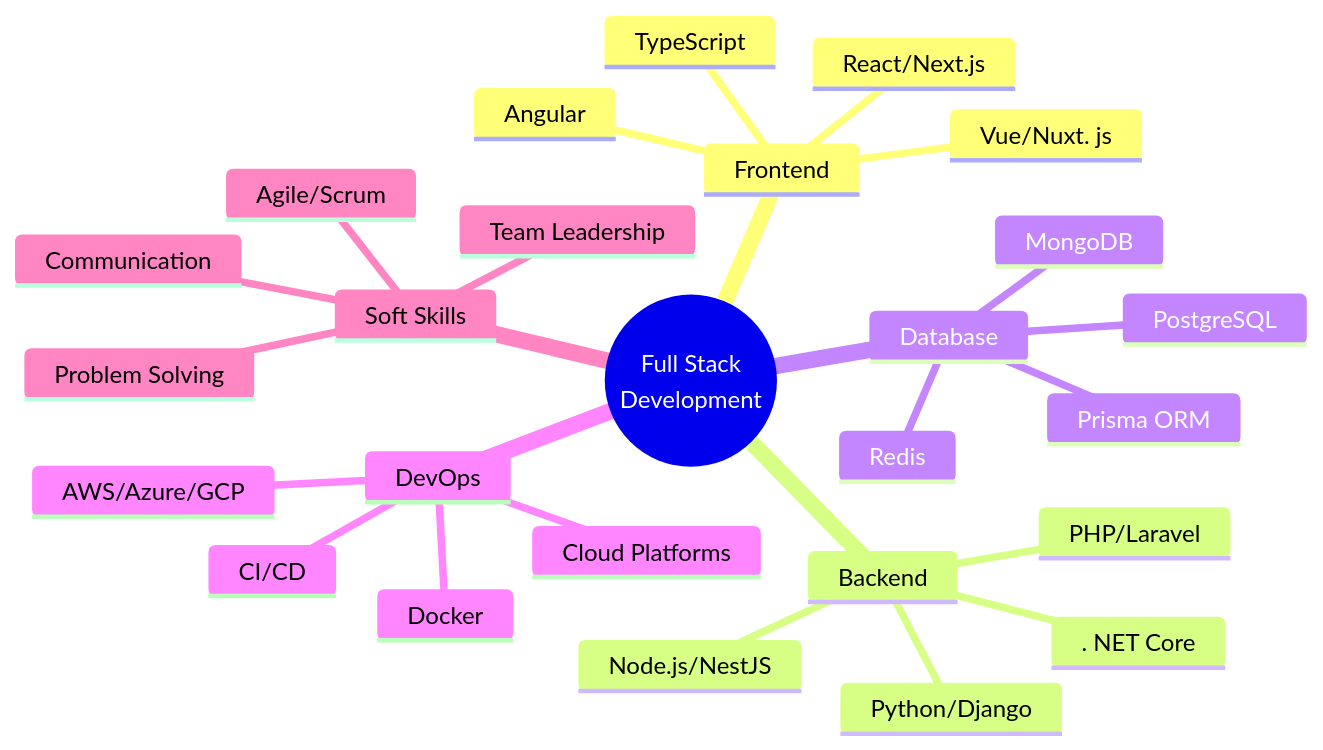
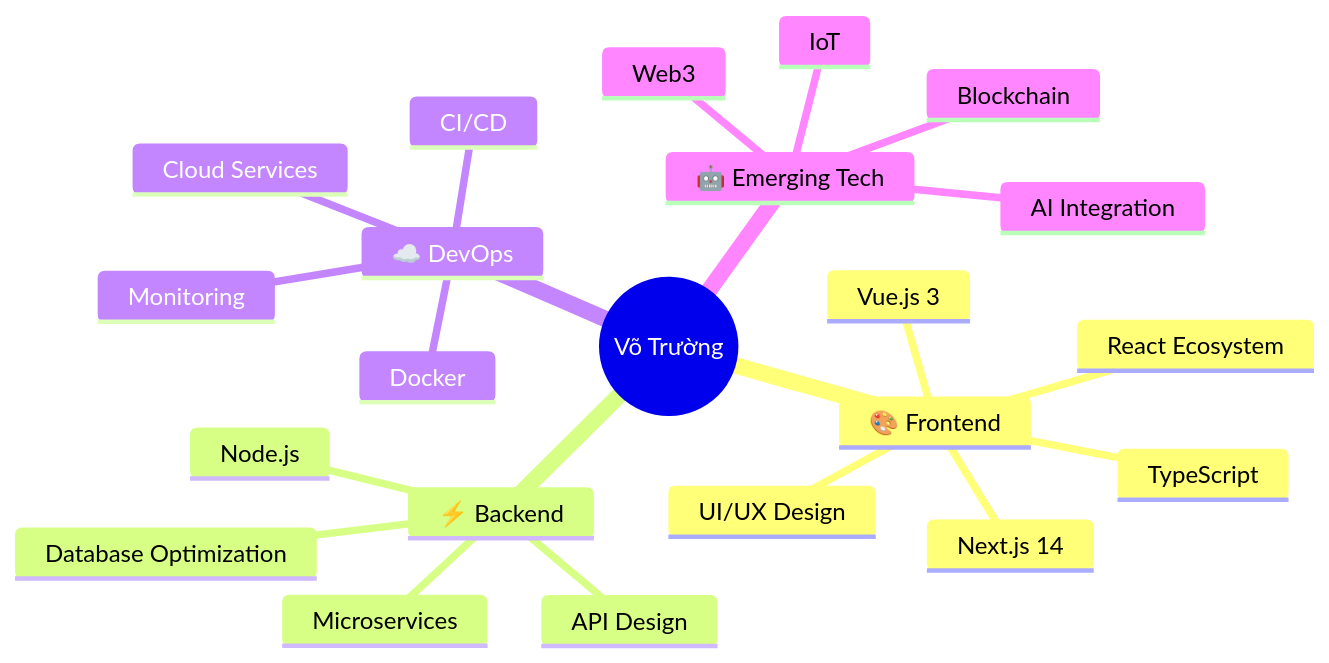
The diagram in README.md (truongraph/truongraph), drawn with Mermaid before and after one commit. The commit also changed other lines of this file, not shown here.

````diff
--- a/README.md
+++ b/README.md
@@ -973,30 +238,25 @@
 ```mermaid
 mindmap
-  root((Full Stack
-    Development))
-    Frontend
-      React/Next.js
-      Vue/Nuxt. js
-      Angular
+  root((Võ Trường))
+    🎨 Frontend
+      React Ecosystem
+      Vue.js 3
+      Next.js 14
       TypeScript
-    Backend
-      Node.js/NestJS
-      PHP/Laravel
-      . NET Core
-      Python/Django
-    Database
-      PostgreSQL
-      MongoDB
-      Redis
-      Prisma ORM
-    DevOps
+      UI/UX Design
+    ⚡ Backend
+      Node.js
+      Microservices
+      API Design
+      Database Optimization
+    ☁️ DevOps
       Docker
       CI/CD
-      AWS/Azure/GCP
-      Cloud Platforms
-    Soft Skills
-      Problem Solving
-      Team Leadership
-      Agile/Scrum
-      Communication
+      Cloud Services
+      Monitoring
+    🤖 Emerging Tech
+      AI Integration
+      Web3
+      Blockchain
+      IoT
 ```
````
